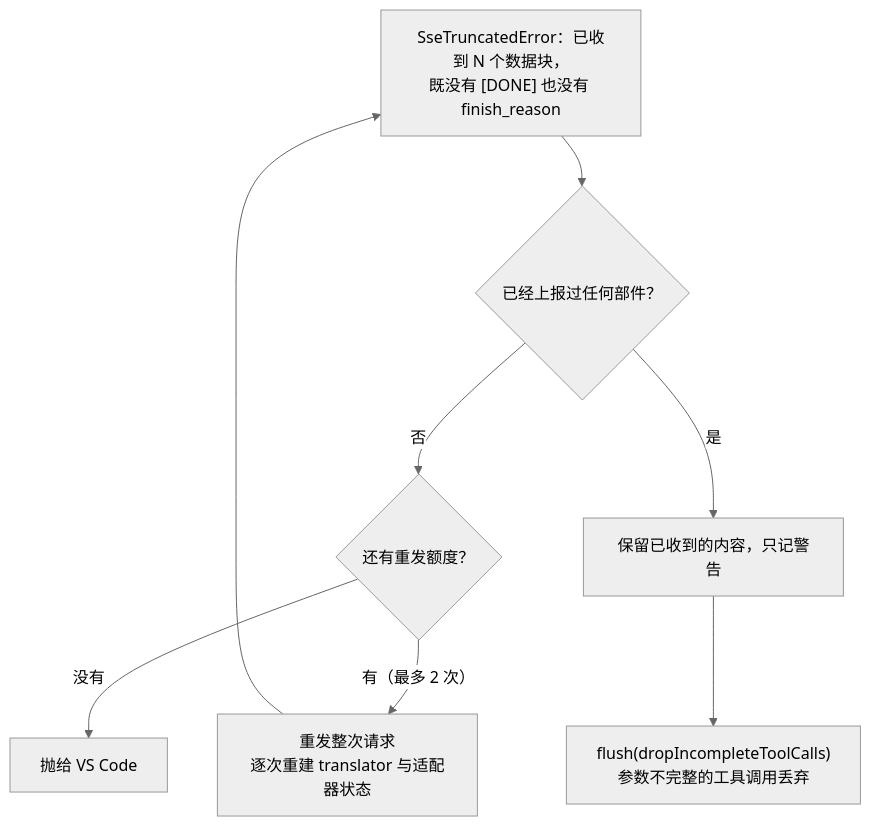
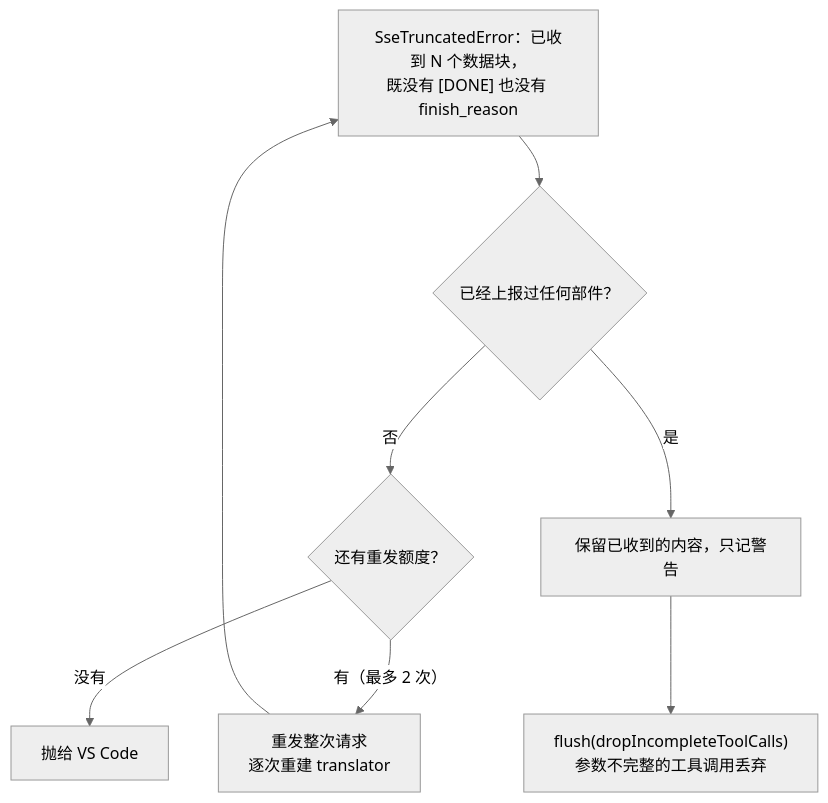
Before and after one commit to zephyraluco/newapi-copilot-chat: the fourth of 5 diagrams in docs/ARCHITECTURE.md, drawn with Mermaid (neutral theme). The commit also changed other lines of this file and 16 other files, not shown here.

````diff
--- a/docs/ARCHITECTURE.md
+++ b/docs/ARCHITECTURE.md
@@ -173,10 +171,10 @@
 ```mermaid
 flowchart TD
     t0["SseTruncatedError：已收到 N 个数据块，<br/>既没有 [DONE] 也没有 finish_reason"] --> t1{"已经上报过任何部件？"}
     t1 -->|"否"| t2{"还有重发额度？"}
-    t2 -->|"有（最多 2 次）"| t3["重发整次请求<br/>逐次重建 translator 与适配器状态"]
+    t2 -->|"有（最多 2 次）"| t3["重发整次请求<br/>逐次重建 translator"]
     t3 --> t0
     t2 -->|"没有"| t4["抛给 VS Code"]
     t1 -->|"是"| t5["保留已收到的内容，只记警告"]
     t5 --> t6["flush(dropIncompleteToolCalls)<br/>参数不完整的工具调用丢弃"]
 ```
````
